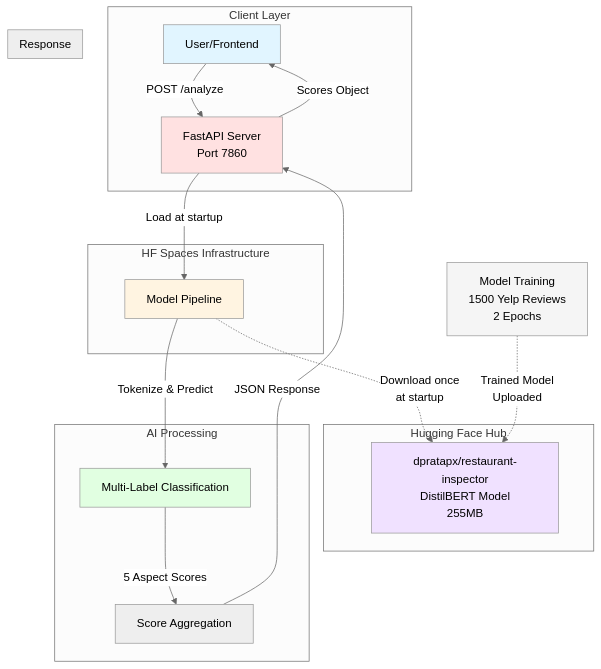
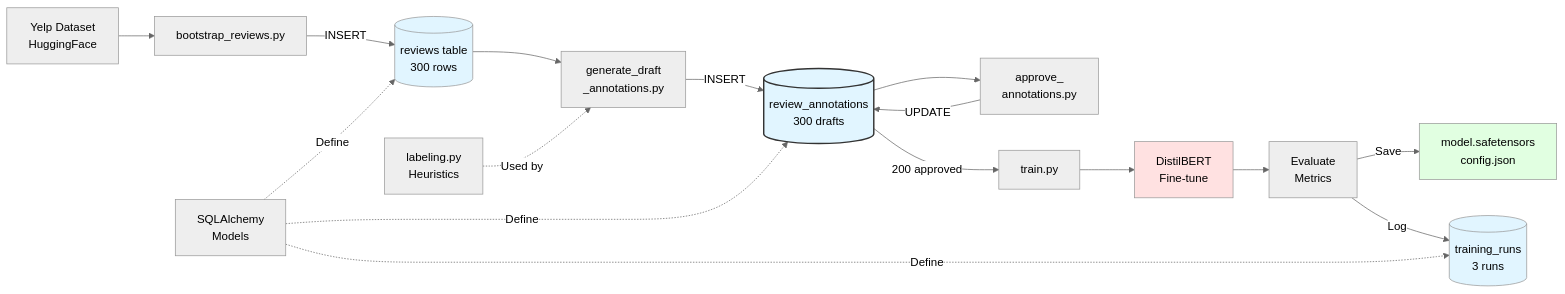
Before and after one commit to Yathi-Solution/resturant_inspect_ai_server: the first of 6 diagrams in docs/mermaid-syntax.md, drawn with Mermaid (neutral theme). The commit also changed other lines of this file and 30 other files, not shown here.

Commit message:
Complete annotation workflow system with database architecture and updated documentation

````diff
--- a/docs/mermaid-syntax.md
+++ b/docs/mermaid-syntax.md
@@ -7,38 +15,29 @@
 ```mermaid
-graph TB
-    subgraph "Client Layer"
-        A[User/Frontend] -->|POST /analyze| B[FastAPI Server]
-    end
+graph LR
+    DS[Yelp Dataset<br/>HuggingFace] --> S1[bootstrap_reviews.py]
+    S1 -->|INSERT| DB1[(reviews table<br/>300 rows)]
     
-    subgraph "HF Spaces Infrastructure"
-        B[FastAPI Server<br/>Port 7860]
-        B -->|Load at startup| C[Model Pipeline]
-    end
+    DB1 --> S2[generate_draft<br/>_annotations.py]
+    LAB[labeling.py<br/>Heuristics] -.->|Used by| S2
+    S2 -->|INSERT| DB2[(review_annotations<br/>300 drafts)]
     
-    subgraph "Hugging Face Hub"
-        D[dpratapx/restaurant-inspector<br/>DistilBERT Model<br/>255MB]
-    end
+    DB2 --> S3[approve_<br/>annotations.py]
+    S3 -->|UPDATE| DB2
+    DB2 -->|200 approved| TR[train.py]
     
-    subgraph "AI Processing"
-        C -->|Tokenize & Predict| E[Multi-Label Classification]
-        E -->|5 Aspect Scores| F[Score Aggregation]
-    end
+    TR --> ML[DistilBERT<br/>Fine-tune]
+    ML --> EVAL[Evaluate<br/>Metrics]
+    EVAL -->|Save| MODEL[model.safetensors<br/>config.json]
+    EVAL -->|Log| DB3[(training_runs<br/>3 runs)]
     
-    subgraph "Response"
-        F -->|JSON Response| B
-        B -->|Scores Object| A
-    end
+    ORM[SQLAlchemy<br/>Models] -.->|Define| DB1
+    ORM -.->|Define| DB2
+    ORM -.->|Define| DB3
     
-    C -.->|Download once<br/>at startup| D
-    
-    G[Model Training<br/>1500 Yelp Reviews<br/>2 Epochs] -.->|Trained Model<br/>Uploaded| D
-    
-    style A fill:#e1f5ff
-    style B fill:#ffe1e1
-    style C fill:#fff4e1
-    style E fill:#e1ffe1
-    style D fill:#f0e1ff
-    style G fill:#f5f5f5
-    
-    classDef highlight fill:#ffeb3b,stroke:#333,stroke-width:2px
+    style DB2 fill:#fff4e1,stroke:#333,stroke-width:2px
+    style ML fill:#ffe1e1
+    style MODEL fill:#e1ffe1
+    style DB1 fill:#e1f5ff
+    style DB2 fill:#e1f5ff
+    style DB3 fill:#e1f5ff
 ```
````
